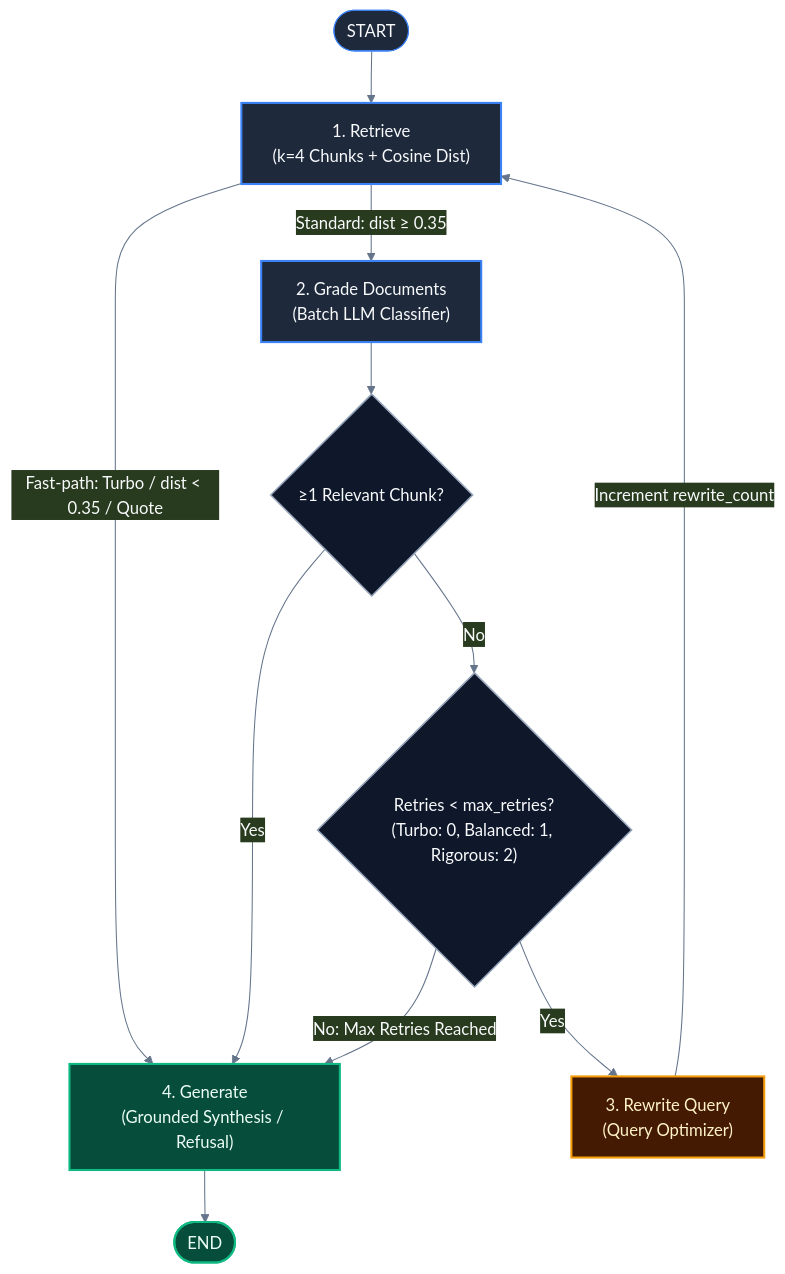
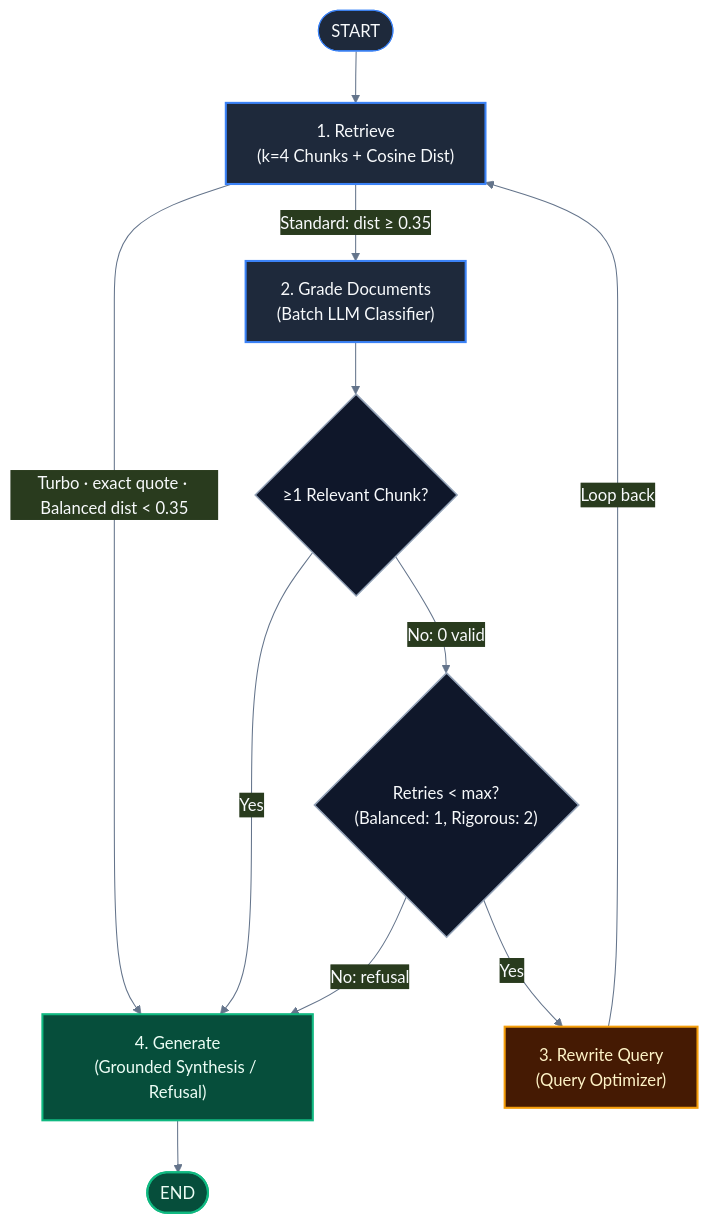
One commit to nmhiremath/PodSeek changed the diagram in docs/design/orchestration-and-control-flow.md. Above: the diagram before and after it, drawn with Mermaid. The commit also changed other lines of this file and 7 other files, not shown here.

Commit message:
docs: fix CRAG diagram routing and architecture-beta parse error

````diff
--- a/docs/design/orchestration-and-control-flow.md
+++ b/docs/design/orchestration-and-control-flow.md
@@ -9,35 +9,35 @@
 ```mermaid
 ---
 config:
   theme: base
   themeVariables:
     fontFamily: "Inter, ui-sans-serif, system-ui"
     primaryColor: "#1E293B"
     primaryTextColor: "#F8FAFC"
     primaryBorderColor: "#3B82F6"
     lineColor: "#64748B"
 ---
 flowchart TD
     classDef agent fill:#1E293B,stroke:#3B82F6,stroke-width:2px,color:#F8FAFC
     classDef fastpath fill:#0F172A,stroke:#38BDF8,stroke-width:2px,stroke-dasharray: 4 4,color:#38BDF8
     classDef rewrite fill:#451A03,stroke:#F59E0B,stroke-width:2px,color:#FEF3C7
     classDef success fill:#064E3B,stroke:#10B981,stroke-width:2px,color:#ECFDF5
     classDef router fill:#0F172A,stroke:#94A3B8,stroke-width:1.5px,color:#F8FAFC
 
     START([START]) --> retrieve["1. Retrieve<br/>(k=4 Chunks + Cosine Dist)"]:::agent
 
-    retrieve -->|Fast-path: Turbo / dist < 0.35 / Quote| generate["4. Generate<br/>(Grounded Synthesis / Refusal)"]:::success
+    retrieve -->|Turbo · exact quote · Balanced dist < 0.35| generate["4. Generate<br/>(Grounded Synthesis / Refusal)"]:::success
     retrieve -->|Standard: dist ≥ 0.35| grade["2. Grade Documents<br/>(Batch LLM Classifier)"]:::agent
 
     grade --> checkValid{"≥1 Relevant Chunk?"}:::router
 
     checkValid -->|Yes| generate
-    checkValid -->|No| checkRetries{"Retries < max_retries?<br/>(Turbo: 0, Balanced: 1, Rigorous: 2)"}:::router
+    checkValid -->|No: 0 valid| checkRetries{"Retries < max?<br/>(Balanced: 1, Rigorous: 2)"}:::router
 
     checkRetries -->|Yes| rewrite["3. Rewrite Query<br/>(Query Optimizer)"]:::rewrite
-    rewrite -->|Increment rewrite_count| retrieve
+    rewrite -->|Loop back| retrieve
 
-    checkRetries -->|No: Max Retries Reached| generate
+    checkRetries -->|No: refusal| generate
 
     generate --> END_OK([END]):::success
 ```
````
